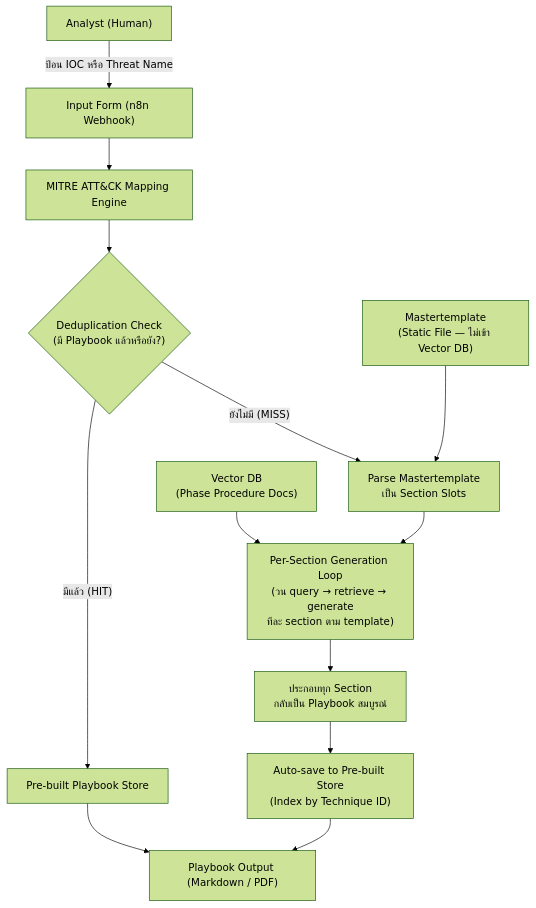
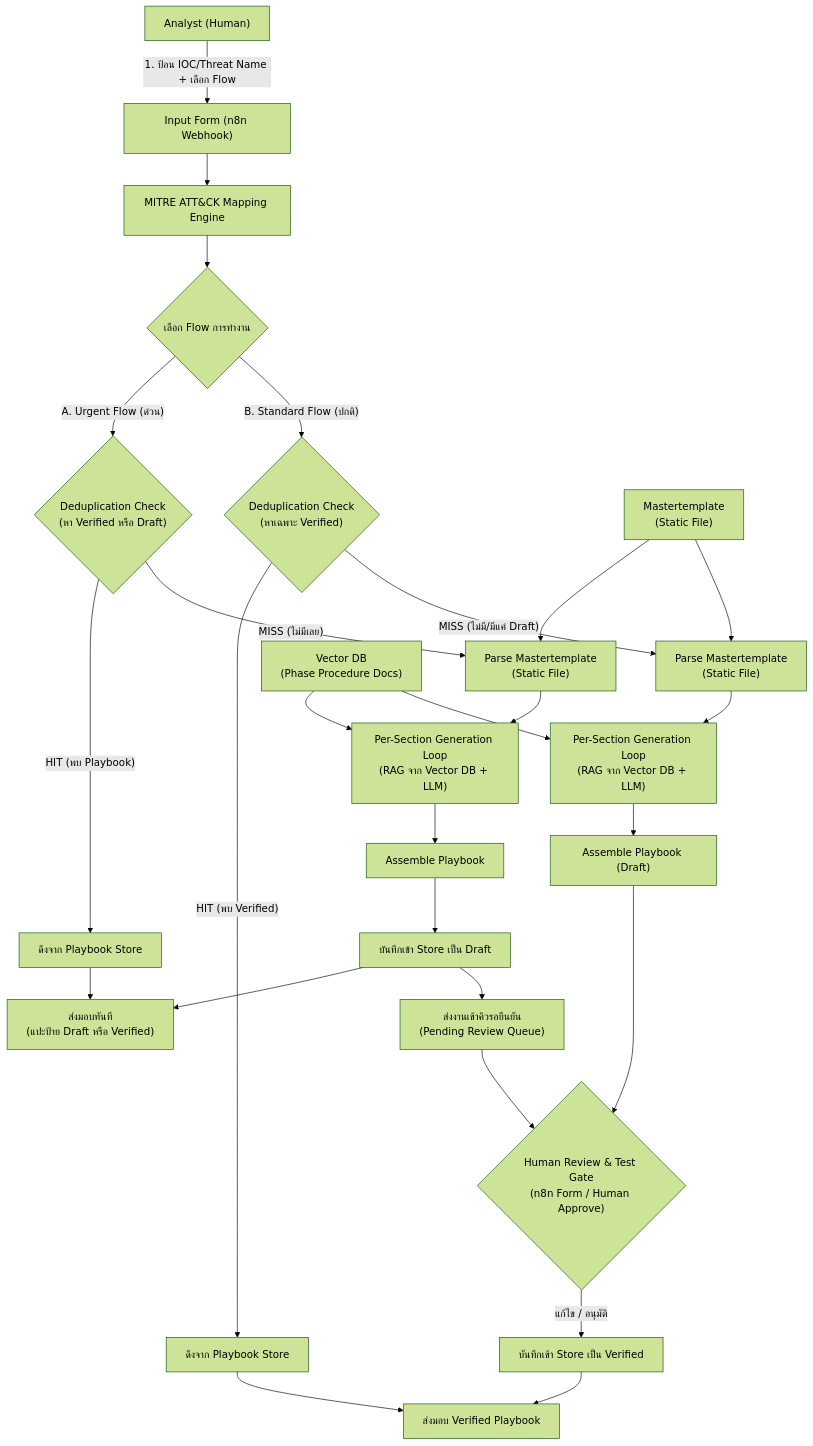
One commit to Chaithawatcer/omnissiah-playbook-workflow changed the first of 12 diagrams in architecture.md. Above: the diagram before and after it, drawn with Mermaid (forest theme). The commit also changed other lines of this file, not shown here.

Commit message:
Update architecture for Playbook Development Lifecycle and dual-flow workflows

````diff
--- a/architecture.md
+++ b/architecture.md
@@ -15,15 +15,38 @@
 ```mermaid
 graph TD
-    user["Analyst (Human)"] -- "ป้อน IOC หรือ Threat Name" --> input["Input Form (n8n Webhook)"]
+    user["Analyst (Human)"] -- "1. ป้อน IOC/Threat Name + เลือก Flow" --> input["Input Form (n8n Webhook)"]
     input --> mapper["MITRE ATT&CK Mapping Engine"]
-    mapper --> dedup{"Deduplication Check\n(มี Playbook แล้วหรือยัง?)"}
-    dedup -- "มีแล้ว (HIT)" --> prebuilt["Pre-built Playbook Store"]
-    dedup -- "ยังไม่มี (MISS)" --> parse["Parse Mastertemplate\nเป็น Section Slots"]
-    parse --> loop["Per-Section Generation Loop\n(วน query → retrieve → generate\nทีละ section ตาม template)"]
-    mastertemplate["Mastertemplate\n(Static File — ไม่เข้า Vector DB)"] --> parse
-    vdb["Vector DB\n(Phase Procedure Docs)"] --> loop
-    loop --> assemble["ประกอบทุก Section\nกลับเป็น Playbook สมบูรณ์"]
-    assemble --> save["Auto-save to Pre-built Store\n(Index by Technique ID)"]
-    save --> output["Playbook Output (Markdown / PDF)"]
-    prebuilt --> output
+    mapper --> flow_select{"เลือก Flow การทำงาน"}
+    
+    %% Urgent Flow (Fast Path)
+    flow_select -- "A. Urgent Flow (ด่วน)" --> dedup_urg{"Deduplication Check\n(หา Verified หรือ Draft)"}
+    dedup_urg -- "HIT (พบ Playbook)" --> store_fetch_urg["ดึงจาก Playbook Store"]
+    store_fetch_urg --> output_urg["ส่งมอบทันที\n(แปะป้าย Draft หรือ Verified)"]
+    
+    dedup_urg -- "MISS (ไม่มีเลย)" --> parse_urg["Parse Mastertemplate\n(Static File)"]
+    parse_urg --> loop_urg["Per-Section Generation Loop\n(RAG จาก Vector DB + LLM)"]
+    loop_urg --> assemble_urg["Assemble Playbook"]
+    assemble_urg --> save_draft["บันทึกเข้า Store เป็น Draft"]
+    save_draft --> output_urg
+    save_draft --> queue_rev["ส่งงานเข้าคิวรอยืนยัน\n(Pending Review Queue)"]
+
+    %% Standard Flow (Verified Path)
+    flow_select -- "B. Standard Flow (ปกติ)" --> dedup_std{"Deduplication Check\n(หาเฉพาะ Verified)"}
+    dedup_std -- "HIT (พบ Verified)" --> store_fetch_std["ดึงจาก Playbook Store"]
+    store_fetch_std --> output_std["ส่งมอบ Verified Playbook"]
+    
+    dedup_std -- "MISS (ไม่มี/มีแค่ Draft)" --> parse_std["Parse Mastertemplate\n(Static File)"]
+    parse_std --> loop_std["Per-Section Generation Loop\n(RAG จาก Vector DB + LLM)"]
+    loop_std --> assemble_std["Assemble Playbook (Draft)"]
+    assemble_std --> review_gate{"Human Review & Test Gate\n(n8n Form / Human Approve)"}
+    
+    queue_rev --> review_gate
+    
+    review_gate -- "แก้ไข / อนุมัติ" --> save_verified["บันทึกเข้า Store เป็น Verified"]
+    save_verified --> output_std
+    
+    vdb["Vector DB\n(Phase Procedure Docs)"] --> loop_urg
+    vdb --> loop_std
+    mastertemplate["Mastertemplate\n(Static File)"] --> parse_urg
+    mastertemplate --> parse_std
 ```
````
